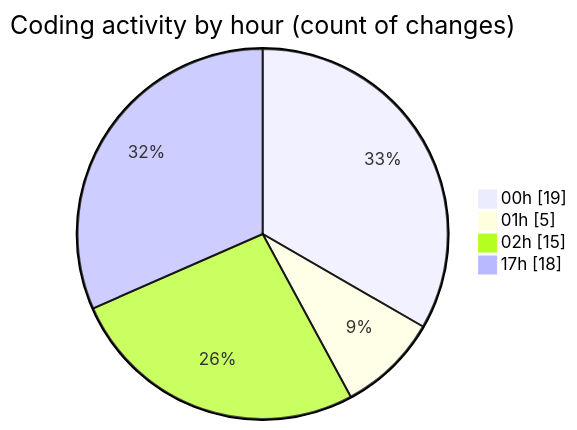
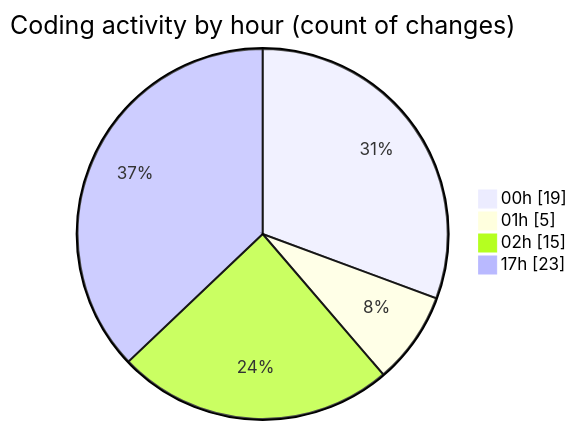
One commit to Elitesun/code-tracking changed the second of 2 diagrams in 2025-02-14/elitegpt/README.md. Above: the diagram before and after it, drawn with Mermaid. The commit also changed other lines of this file and 1 other file, not shown here.

````diff
--- a/2025-02-14/elitegpt/README.md
+++ b/2025-02-14/elitegpt/README.md
@@ -42,8 +43,8 @@
 ```mermaid
 pie showData
 title Coding activity by hour (count of changes)
 "00h" : 19
 "01h" : 5
 "02h" : 15
-"17h" : 18
+"17h" : 23
 ```
````
